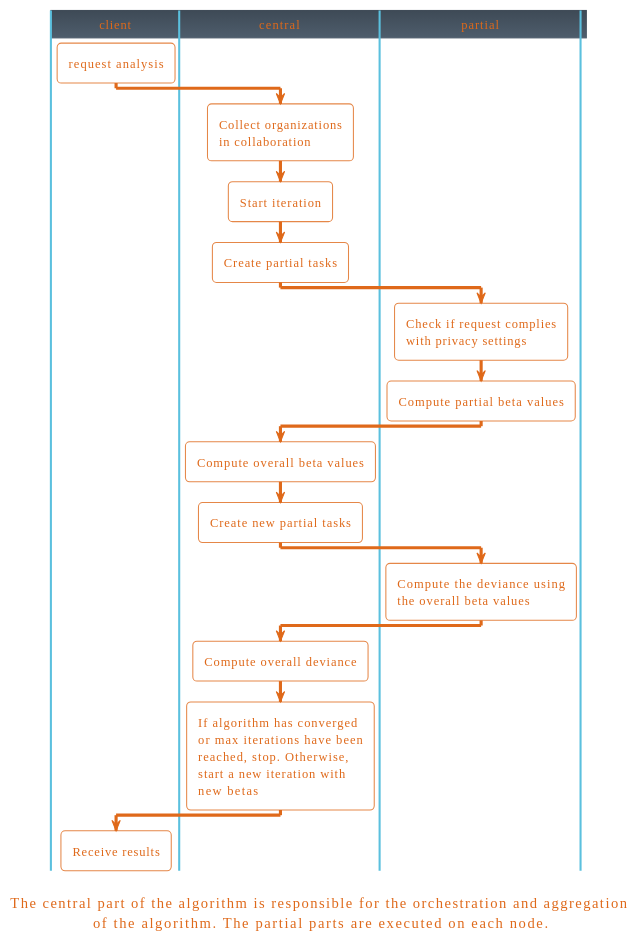
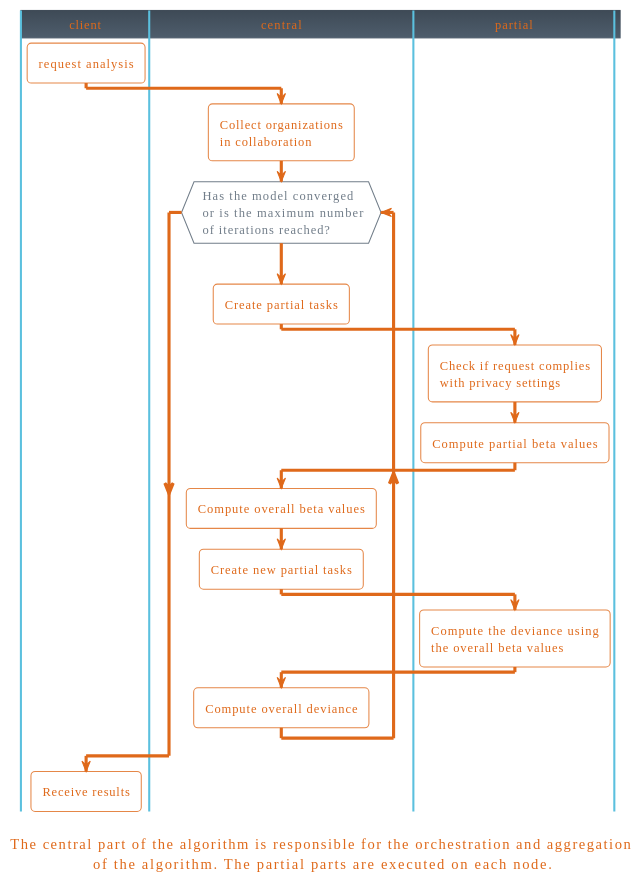
One commit to vantage6/v6-glm-py changed the diagram in docs/v6-glm-py/implementation.rst. Above: the diagram before and after it, drawn with PlantUML. The commit also changed 5 other files, not shown here.

```diff
--- a/docs/v6-glm-py/implementation.rst
+++ b/docs/v6-glm-py/implementation.rst
@@ -18,42 +18,41 @@
 .. uml::
 
   !theme superhero-outline
 
   caption The central part of the algorithm is responsible for the \
           orchestration and aggregation\n of the algorithm. The partial \
           parts are executed on each node.
 
   |client|
   :request analysis;
 
   |central|
   :Collect organizations
   in collaboration;
-  :Start iteration;
-  :Create partial tasks;
 
-  |partial|
-  :Check if request complies
-  with privacy settings;
+  while ( Has the model converged \n \
+ or is the maximum number\n \
+ of iterations reached?) is (no)
+   :Create partial tasks;
 
-  |partial|
-  :Compute partial beta values;
+   |partial|
+   :Check if request complies
+   with privacy settings;
 
-  |central|
-  :Compute overall beta values;
-  :Create new partial tasks;
+   |partial|
+   :Compute partial beta values;
 
-  |partial|
-  :Compute the deviance using
-  the overall beta values;
+   |central|
+   :Compute overall beta values;
+   :Create new partial tasks;
 
-  |central|
-  :Compute overall deviance;
-  :If algorithm has converged
-  or max iterations have been
-  reached, stop. Otherwise,
-  start a new iteration with
-  new betas;
+   |partial|
+   :Compute the deviance using
+   the overall beta values;
+
+   |central|
+   :Compute overall deviance;
+  endwhile (yes)
 
   |client|
   :Receive results;
```
